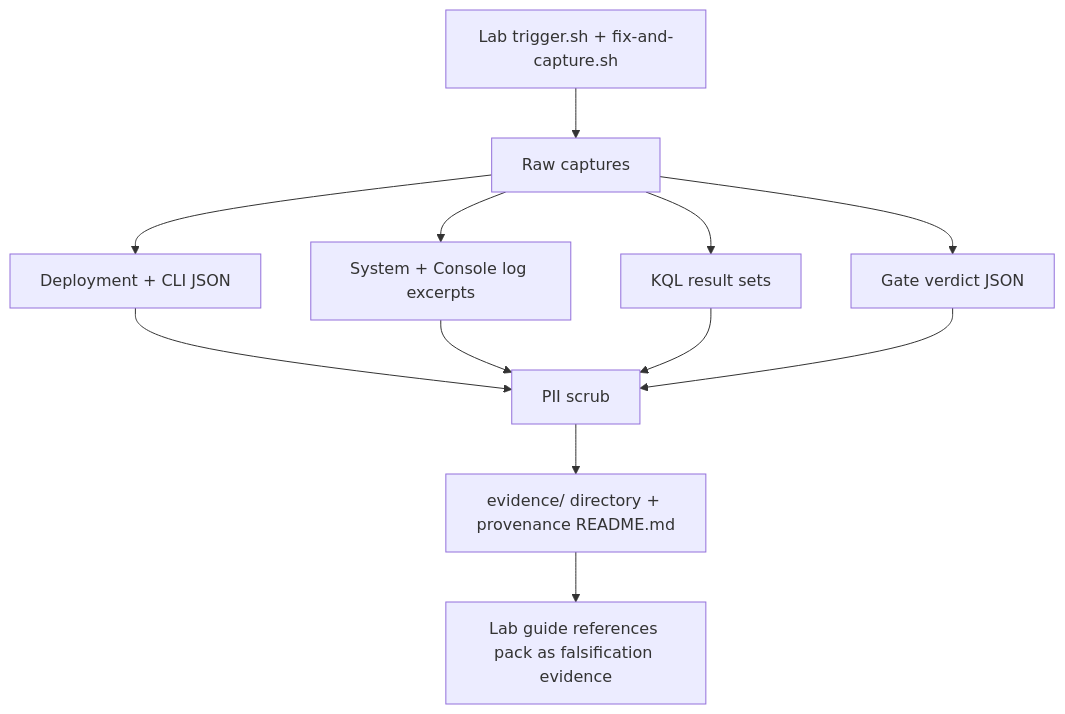
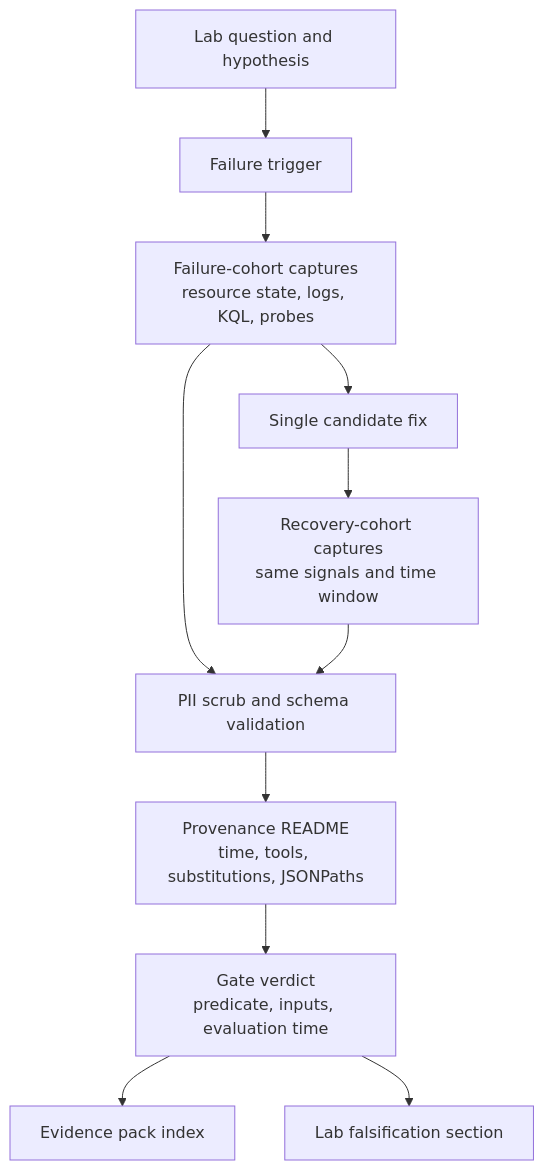
Before and after one commit to yeongseon/azure-container-apps-practical-guide: the diagram in docs/troubleshooting/evidence-pack-index.md, drawn with Mermaid. The commit also changed other lines of this file and 13 other files, not shown here.

Commit message:
docs(diagrams): migrate the Container Apps troubleshooting overview diagrams (#616)

````diff
--- a/docs/troubleshooting/evidence-pack-index.md
+++ b/docs/troubleshooting/evidence-pack-index.md
@@ -40,14 +41,24 @@
 ```mermaid
 flowchart TD
-    A[Lab trigger.sh + fix-and-capture.sh] --> B[Raw captures]
-    B --> C[Deployment + CLI JSON]
-    B --> D[System + Console log excerpts]
-    B --> E[KQL result sets]
-    B --> F[Gate verdict JSON]
-    C --> G[PII scrub]
-    D --> G
-    E --> G
-    F --> G
-    G --> H[evidence/ directory + provenance README.md]
-    H --> I[Lab guide references pack as falsification evidence]
+    QUESTION[Lab question and hypothesis]
+    FAILURE[Failure trigger]
+    FAILURECAP[Failure-cohort captures<br/>resource state, logs, KQL, probes]
+    FIX[Single candidate fix]
+    RECOVERY[Recovery-cohort captures<br/>same signals and time window]
+    SCRUB[PII scrub and schema validation]
+    PROVENANCE[Provenance README<br/>time, tools, substitutions, JSONPaths]
+    GATE[Gate verdict<br/>predicate, inputs, evaluation time]
+    INDEX[Evidence pack index]
+    GUIDE[Lab falsification section]
+
+    QUESTION --> FAILURE
+    FAILURE --> FAILURECAP
+    FAILURECAP --> FIX
+    FIX --> RECOVERY
+    FAILURECAP --> SCRUB
+    RECOVERY --> SCRUB
+    SCRUB --> PROVENANCE
+    PROVENANCE --> GATE
+    GATE --> INDEX
+    GATE --> GUIDE
 ```
````
